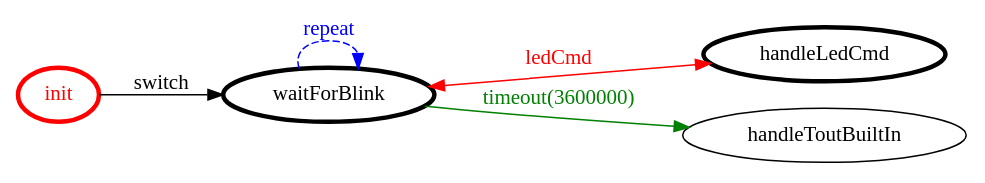
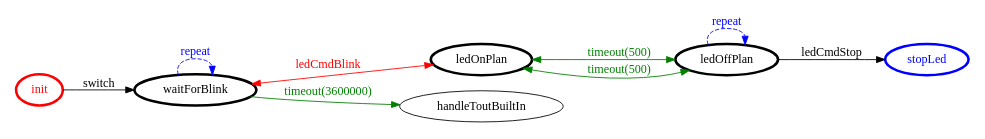
The diagram in it.unibo.problemAnalysis/srcMore/it/unibo/led/led.gv (FraGio/iss2018), drawn with Graphviz before and after one commit. The commit also changed 18 other files, not shown here.

```diff
--- a/it.unibo.problemAnalysis/srcMore/it/unibo/led/led.gv
+++ b/it.unibo.problemAnalysis/srcMore/it/unibo/led/led.gv
@@ -1,20 +1,26 @@
 /*
 *
 * A GraphViz DOT FSM description 
 * Please use a GraphViz visualizer (like http://www.webgraphviz.com)
 *  
 */
 
 digraph finite_state_machine {
 	rankdir=LR
 	size="8,5"
 	
 	init [ color = red ][ fontcolor = red ][ penwidth = 3 ]
+	ledOffPlan [ color = black ][ fontcolor = black ][ penwidth = 3 ]
+	ledOnPlan [ color = black ][ fontcolor = black ][ penwidth = 3 ]
 	waitForBlink [ color = black ][ fontcolor = black ][ penwidth = 3 ]
-	handleLedCmd [ color = black ][ fontcolor = black ][ penwidth = 3 ]
+	stopLed [ color = blue ][ fontcolor = blue ][ penwidth = 3 ]
 	
+	ledOnPlan -> ledOffPlan [ label = "timeout(500)" ][ color = green ][ fontcolor = green ][ dir = both ]
 	waitForBlink -> handleToutBuiltIn [ label = "timeout(3600000)" ][ color = green ][ fontcolor = green ]
+	waitForBlink -> ledOnPlan [ label = "ledCmdBlink" ][ color = red ][ fontcolor = red ][ dir = both ]
+	ledOffPlan -> ledOnPlan [ label = "timeout(500)" ][ color = green ][ fontcolor = green ][ dir = both ]
+	ledOffPlan -> ledOffPlan [ label = "repeat "][ style = dashed ][ color = blue ][ fontcolor = blue ]
+	ledOffPlan -> stopLed [ label = "ledCmdStop" ][ color = black ][ fontcolor = black ]
 	init -> waitForBlink [ label = "switch" ][ color = black ][ fontcolor = black ]
-	waitForBlink -> handleLedCmd [ label = "ledCmd" ][ color = red ][ fontcolor = red ][ dir = both ]
 	waitForBlink -> waitForBlink [ label = "repeat "][ style = dashed ][ color = blue ][ fontcolor = blue ]
 }
```
